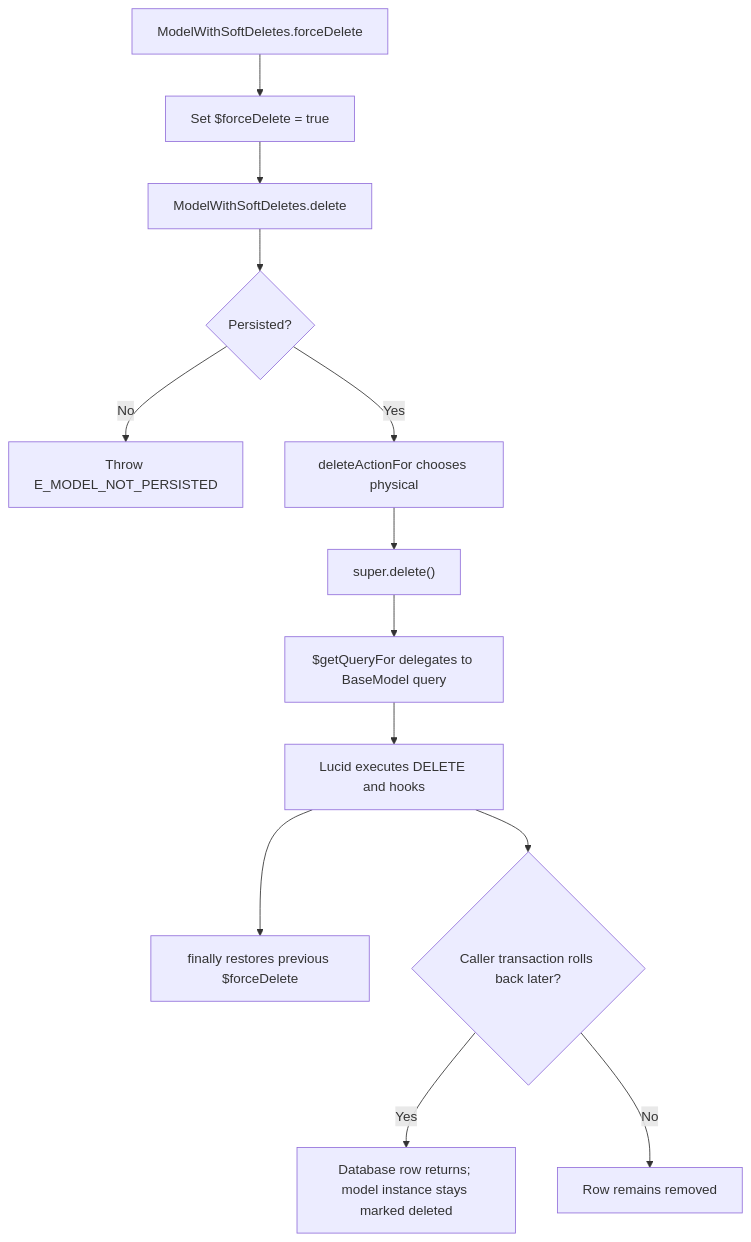
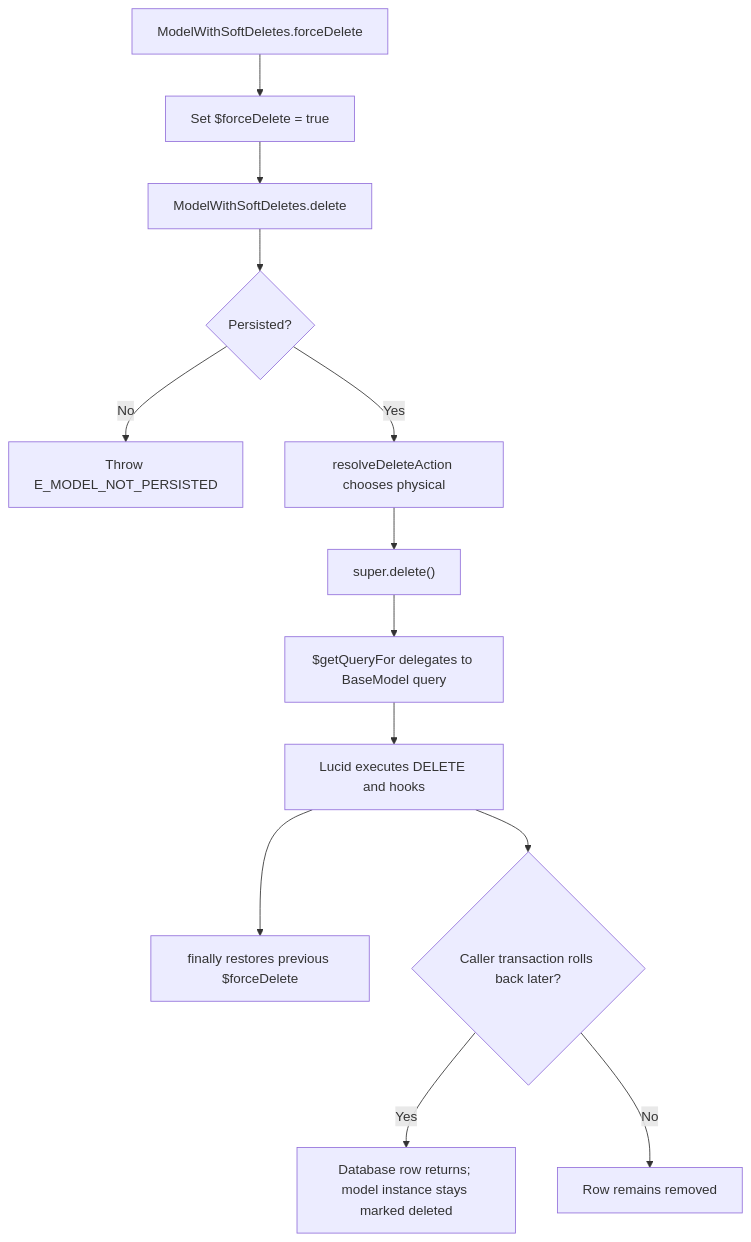
One commit to Kevinjohn/oss-adonisjs-lucid-soft-delete changed the second of 2 diagrams in user-stories/purge-instance/us-app-04-purge-instance.md. Above: the diagram before and after it, drawn with Mermaid. The commit also changed other lines of this file and 3 other files, not shown here.

````diff
--- a/user-stories/purge-instance/us-app-04-purge-instance.md
+++ b/user-stories/purge-instance/us-app-04-purge-instance.md
@@ -37,15 +37,15 @@
 ```mermaid
 flowchart TD
     A["ModelWithSoftDeletes.forceDelete"] --> B["Set $forceDelete = true"]
     B --> C["ModelWithSoftDeletes.delete"]
     C --> U{"Persisted?"}
     U -->|"No"| V["Throw E_MODEL_NOT_PERSISTED"]
-    U -->|"Yes"| D["deleteActionFor chooses physical"]
+    U -->|"Yes"| D["resolveDeleteAction chooses physical"]
     D --> E["super.delete()"]
     E --> F["$getQueryFor delegates to BaseModel query"]
     F --> G["Lucid executes DELETE and hooks"]
     G --> H["finally restores previous $forceDelete"]
     G --> I{"Caller transaction rolls back later?"}
     I -->|Yes| J["Database row returns; model instance stays marked deleted"]
     I -->|No| K["Row remains removed"]
 ```
````
